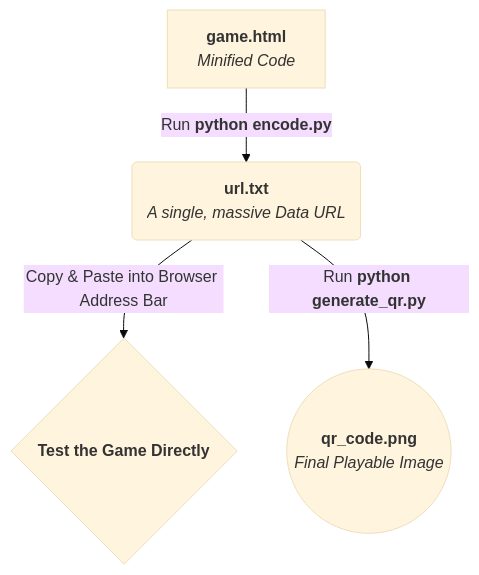
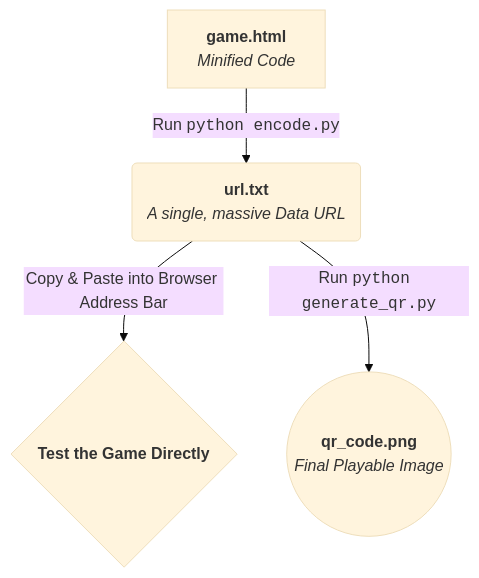
Before and after one commit to rishwanthvallala/qr-games: the diagram in README.md, drawn with Mermaid (base theme).

Commit message:
upd readme

````diff
--- a/README.md
+++ b/README.md
@@ -28,6 +28,7 @@
 ```mermaid
 graph TD;
-    A[<b>game.html</b><br><i>Minified Code</i>] -->|Run <b>python encode.py</b>| B(<b>url.txt</b><br><i>A single, massive Data URL</i>);
+    A[<b>game.html</b><br><i>Minified Code</i>] -->|Run <code>python encode.py</code>| B(<b>url.txt</b><br><i>A single, massive Data URL</i>);
     B -->|Copy & Paste into Browser Address Bar| C{<b>Test the Game Directly</b>};
-    B -->|Run <b>python generate_qr.py</b>| D((<b>qr_code.png</b><br><i>Final Playable Image</i>));
+    B -->|Run <code>python generate_qr.py</code>| D((<b>qr_code.png</b><br><i>Final Playable Image</i>));
+
 ```
````
